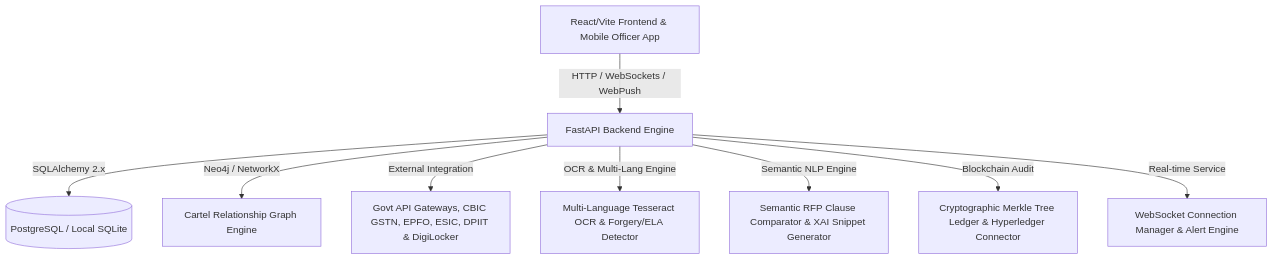
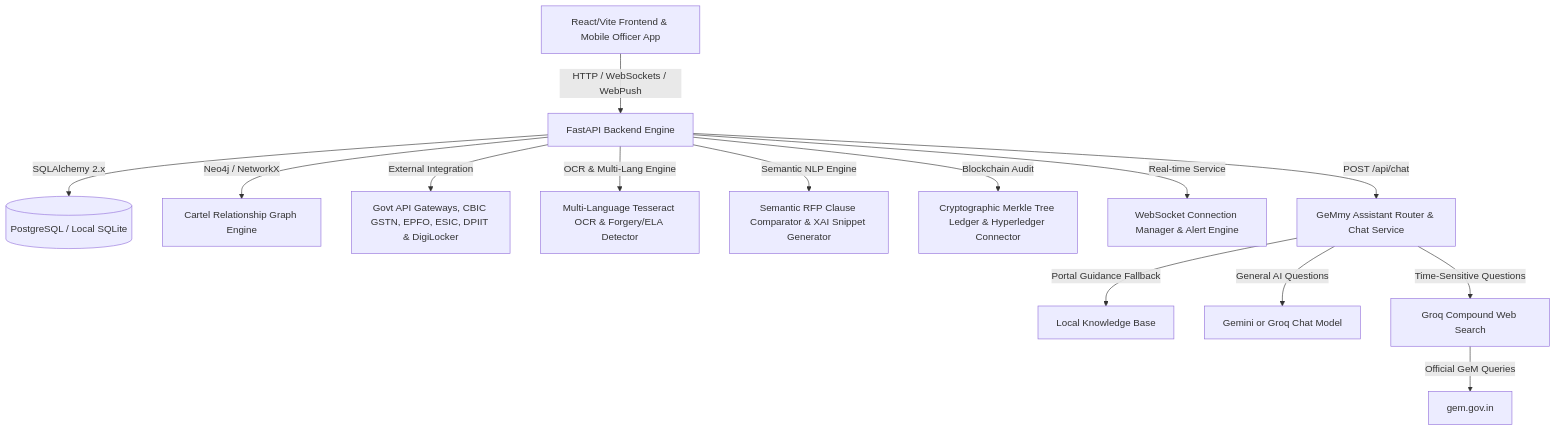
The first of 3 diagrams in brain.md (Yogeshsingh123-LAB/-AI-Powered-Integrated-Bid-Compliance-Verification-Platform-for-GeM-Procurement), drawn with Mermaid before and after one commit. The commit also changed other lines of this file and 1 other file, not shown here.

Commit message:
Document Gemmy AI and internet-assisted questions

````diff
--- a/brain.md
+++ b/brain.md
@@ -14,11 +14,16 @@
 ```mermaid
 graph TD
     A[React/Vite Frontend & Mobile Officer App] -- HTTP / WebSockets / WebPush --> B[FastAPI Backend Engine]
     B -- SQLAlchemy 2.x --> C[(PostgreSQL / Local SQLite)]
     B -- Neo4j / NetworkX --> D[Cartel Relationship Graph Engine]
     B -- External Integration --> E[Govt API Gateways, CBIC GSTN, EPFO, ESIC, DPIIT & DigiLocker]
     B -- OCR & Multi-Lang Engine --> F[Multi-Language Tesseract OCR & Forgery/ELA Detector]
     B -- Semantic NLP Engine --> G[Semantic RFP Clause Comparator & XAI Snippet Generator]
     B -- Blockchain Audit --> H[Cryptographic Merkle Tree Ledger & Hyperledger Connector]
     B -- Real-time Service --> I[WebSocket Connection Manager & Alert Engine]
+    B -- POST /api/chat --> J[GeMmy Assistant Router & Chat Service]
+    J -- Portal Guidance Fallback --> K[Local Knowledge Base]
+    J -- General AI Questions --> L[Gemini or Groq Chat Model]
+    J -- Time-Sensitive Questions --> M[Groq Compound Web Search]
+    M -- Official GeM Queries --> N[gem.gov.in]
 ```
````
